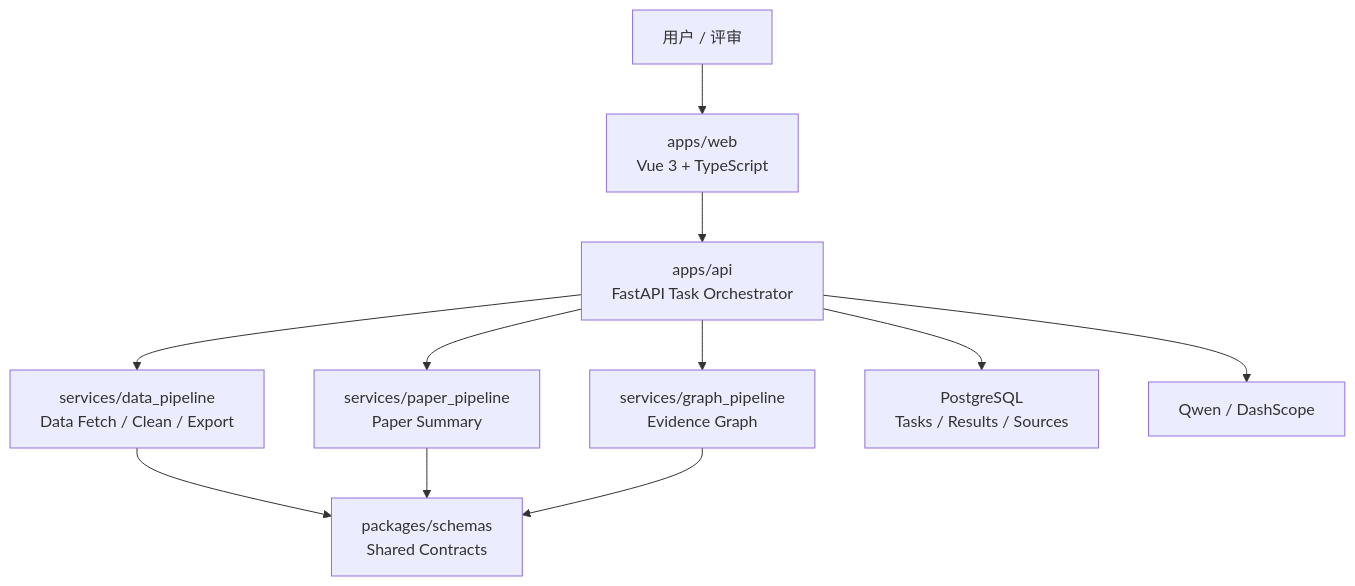
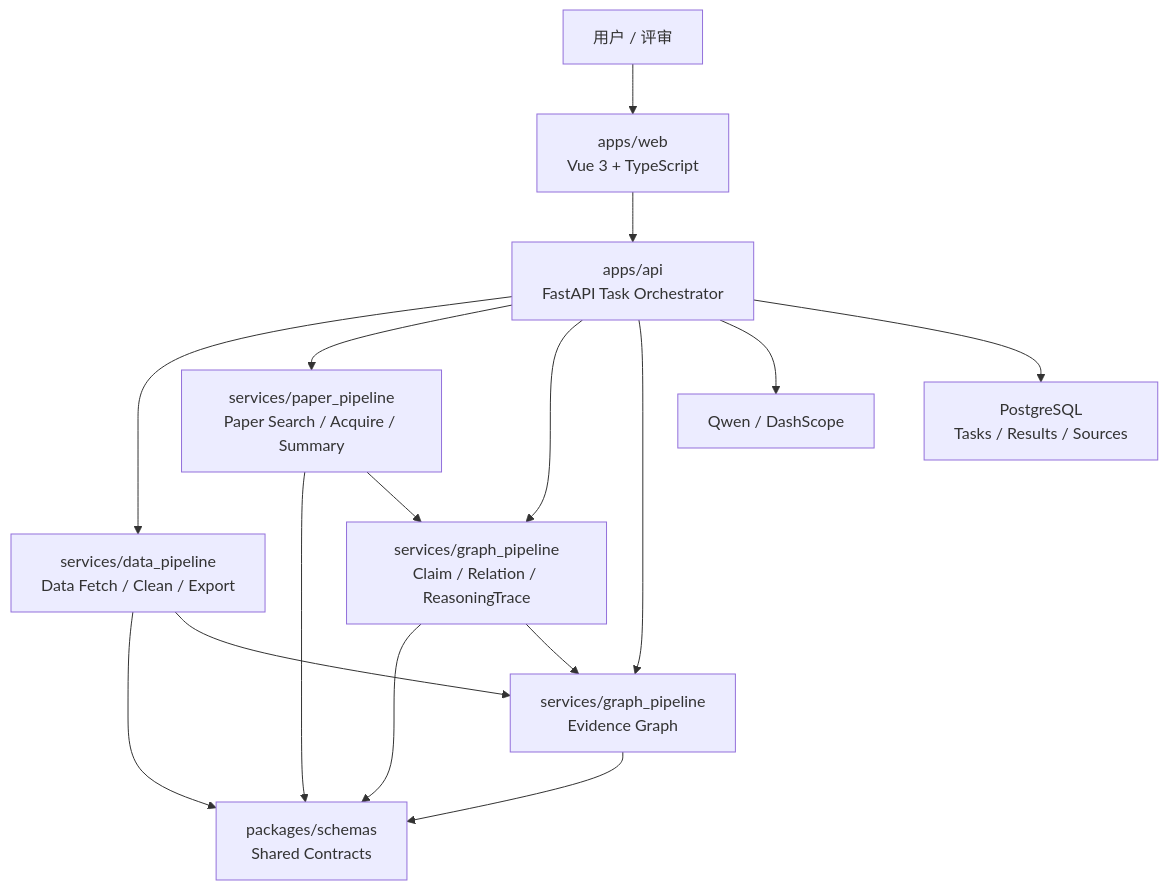
The diagram in DESIGN.md (zyyyyynnn/xingwen-astro-ai), drawn with Mermaid before and after one commit. The commit also changed other lines of this file and 17 other files, not shown here.

First line of the commit message:
docs(frontend): include paper acquisition and literature reasoning in MVP

````diff
--- a/DESIGN.md
+++ b/DESIGN.md
@@ -18,23 +20,29 @@
 ```mermaid
 flowchart TB
   User["用户 / 评审"]
   Web["apps/web\nVue 3 + TypeScript"]
   API["apps/api\nFastAPI Task Orchestrator"]
   Data["services/data_pipeline\nData Fetch / Clean / Export"]
-  Paper["services/paper_pipeline\nPaper Summary"]
+  Paper["services/paper_pipeline\nPaper Search / Acquire / Summary"]
+  Reason["services/graph_pipeline\nClaim / Relation / ReasoningTrace"]
   Graph["services/graph_pipeline\nEvidence Graph"]
   Schemas["packages/schemas\nShared Contracts"]
   DB["PostgreSQL\nTasks / Results / Sources"]
   Qwen["Qwen / DashScope"]
 
   User --> Web
   Web --> API
   API --> Data
   API --> Paper
+  API --> Reason
   API --> Graph
   API --> Qwen
   API --> DB
   Data --> Schemas
   Paper --> Schemas
+  Reason --> Schemas
   Graph --> Schemas
+  Paper --> Reason
+  Data --> Graph
+  Reason --> Graph
 ```
````
